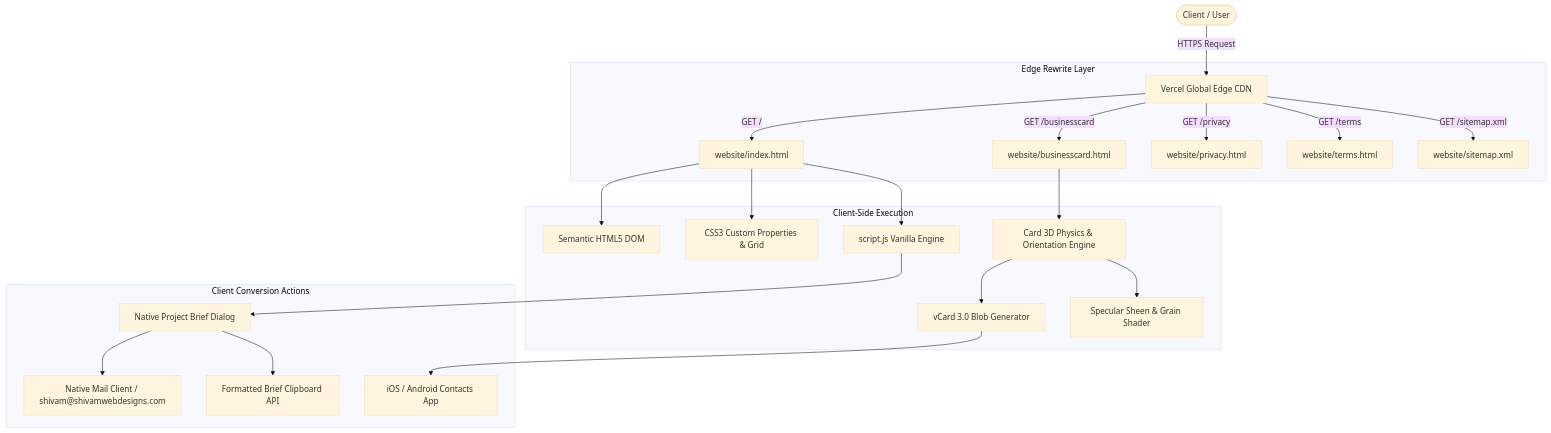
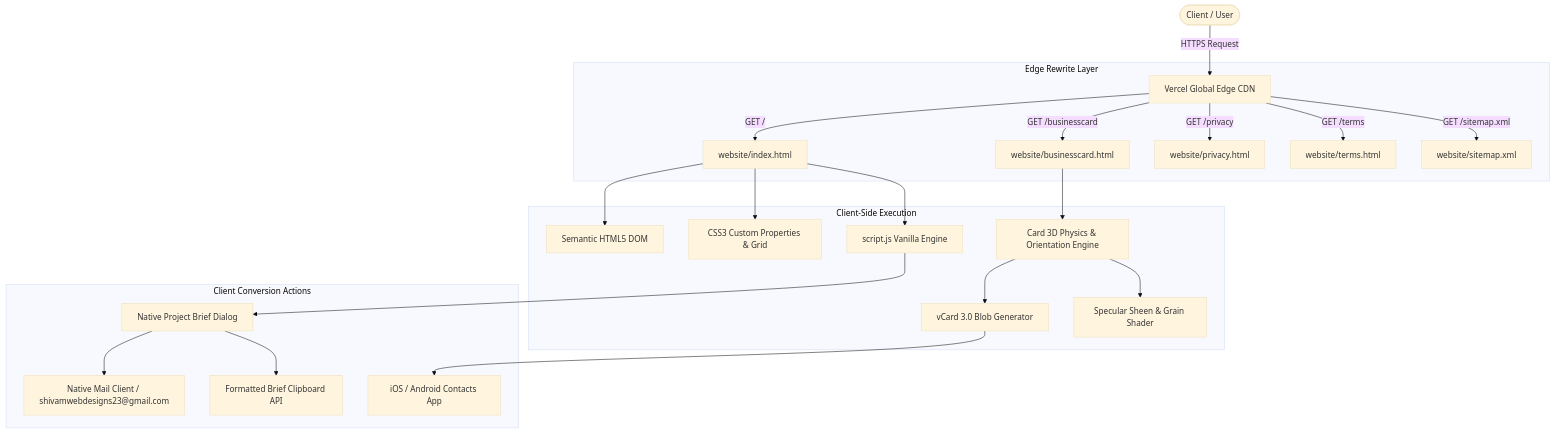
One commit to shivamwebdesigns/Shivam-Web-Designs changed the diagram in docs/ARCHITECTURE.md. Above: the diagram before and after it, drawn with Mermaid (base theme). The commit also changed 20 other files, not shown here.

````diff
--- a/docs/ARCHITECTURE.md
+++ b/docs/ARCHITECTURE.md
@@ -33,29 +33,29 @@
 ```mermaid
 flowchart TD
   User([Client / User]) -->|HTTPS Request| CDN[Vercel Global Edge CDN]
   
   subgraph Routing [Edge Rewrite Layer]
     CDN -->|GET /| IndexPage[website/index.html]
     CDN -->|GET /businesscard| CardPage[website/businesscard.html]
     CDN -->|GET /privacy| PrivacyPage[website/privacy.html]
     CDN -->|GET /terms| TermsPage[website/terms.html]
     CDN -->|GET /sitemap.xml| Sitemap[website/sitemap.xml]
   end
 
   subgraph ClientEngine [Client-Side Execution]
     IndexPage --> DOM[Semantic HTML5 DOM]
     IndexPage --> CSS[CSS3 Custom Properties & Grid]
     IndexPage --> JS[script.js Vanilla Engine]
     
     CardPage --> Card3D[Card 3D Physics & Orientation Engine]
     Card3D --> VCard[vCard 3.0 Blob Generator]
     Card3D --> Specular[Specular Sheen & Grain Shader]
   end
 
   subgraph Conversion [Client Conversion Actions]
     JS --> BriefDialog[Native Project Brief Dialog]
-    BriefDialog --> MailDispatch[Native Mail Client / shivam@shivamwebdesigns.com]
+    BriefDialog --> MailDispatch[Native Mail Client / shivamwebdesigns23@gmail.com]
     BriefDialog --> Clipboard[Formatted Brief Clipboard API]
     VCard --> MobileContacts[iOS / Android Contacts App]
   end
 ```
````
